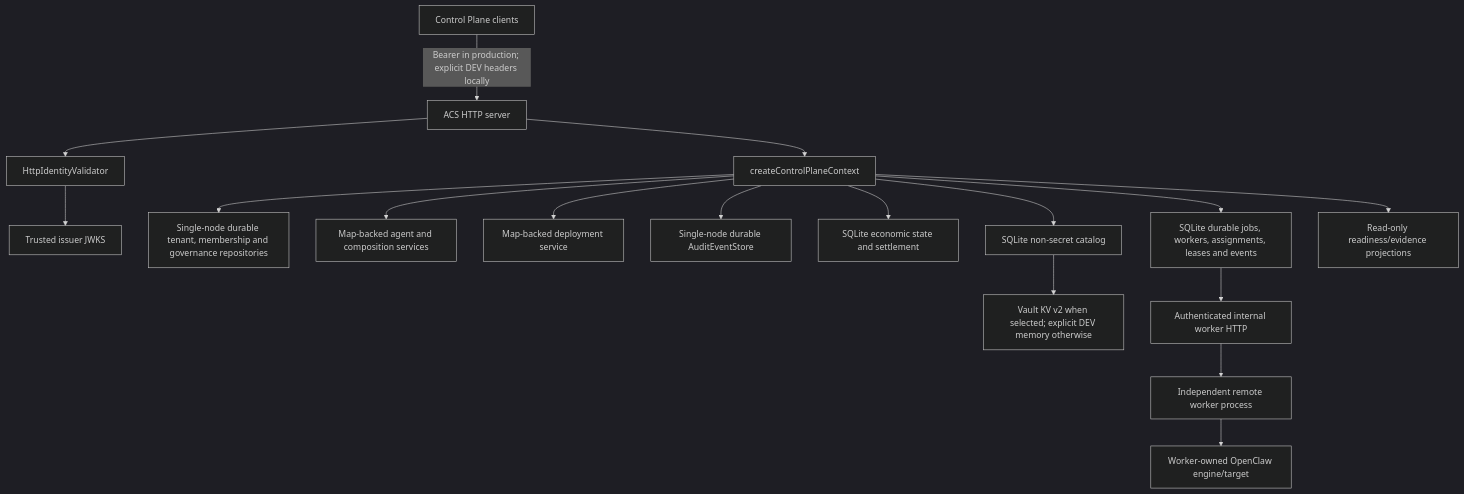
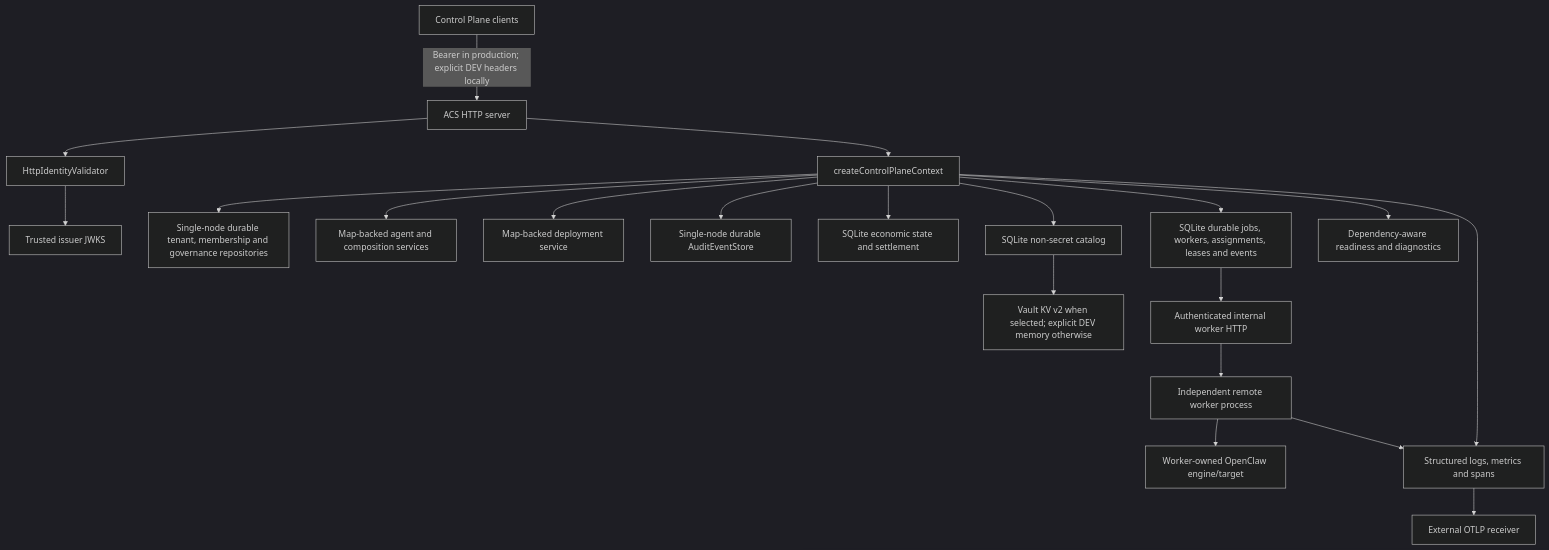
One commit to Axodus/ACS changed the first of 7 diagrams in docs/epics/epic-15-5/architecture-gap-review.md. Above: the diagram before and after it, drawn with Mermaid (dark theme). The commit also changed other lines of this file and 29 other files, not shown here.

````diff
--- a/docs/epics/epic-15-5/architecture-gap-review.md
+++ b/docs/epics/epic-15-5/architecture-gap-review.md
@@ -55,19 +55,22 @@
 ```mermaid
 flowchart TD
   Browser[Control Plane clients] -->|Bearer in production; explicit DEV headers locally| HTTP[ACS HTTP server]
   HTTP --> Identity[HttpIdentityValidator]
   Identity --> JWKS[Trusted issuer JWKS]
   HTTP --> Context[createControlPlaneContext]
   Context --> Tenant[Single-node durable tenant, membership and governance repositories]
   Context --> Agent[Map-backed agent and composition services]
   Context --> Deploy[Map-backed deployment service]
   Context --> Audit[Single-node durable AuditEventStore]
   Context --> Econ[SQLite economic state and settlement]
   Context --> SecretCatalog[SQLite non-secret catalog]
   SecretCatalog --> Secret[Vault KV v2 when selected; explicit DEV memory otherwise]
   Context --> Runtime[SQLite durable jobs, workers, assignments, leases and events]
   Runtime --> WorkerApi[Authenticated internal worker HTTP]
   WorkerApi --> RemoteWorker[Independent remote worker process]
   RemoteWorker --> Engine[Worker-owned OpenClaw engine/target]
-  Context --> Evidence[Read-only readiness/evidence projections]
+  Context --> Diagnostics[Dependency-aware readiness and diagnostics]
+  Context --> Telemetry[Structured logs, metrics and spans]
+  RemoteWorker --> Telemetry
+  Telemetry --> OTLP[External OTLP receiver]
 ```
````
